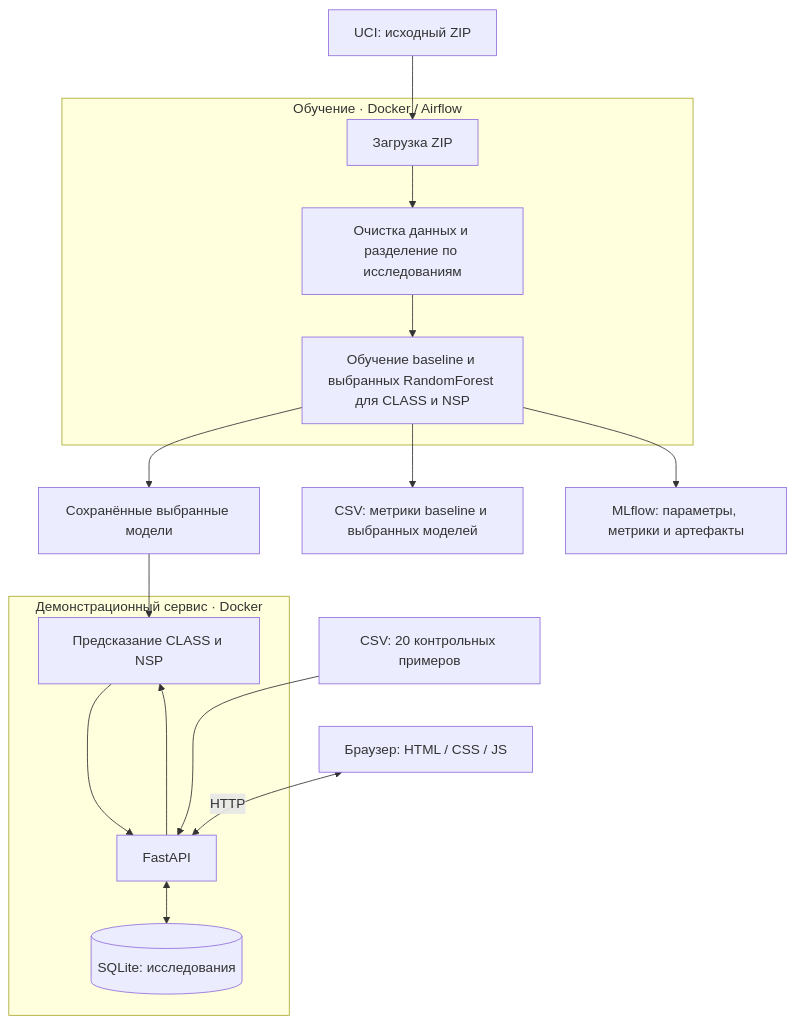
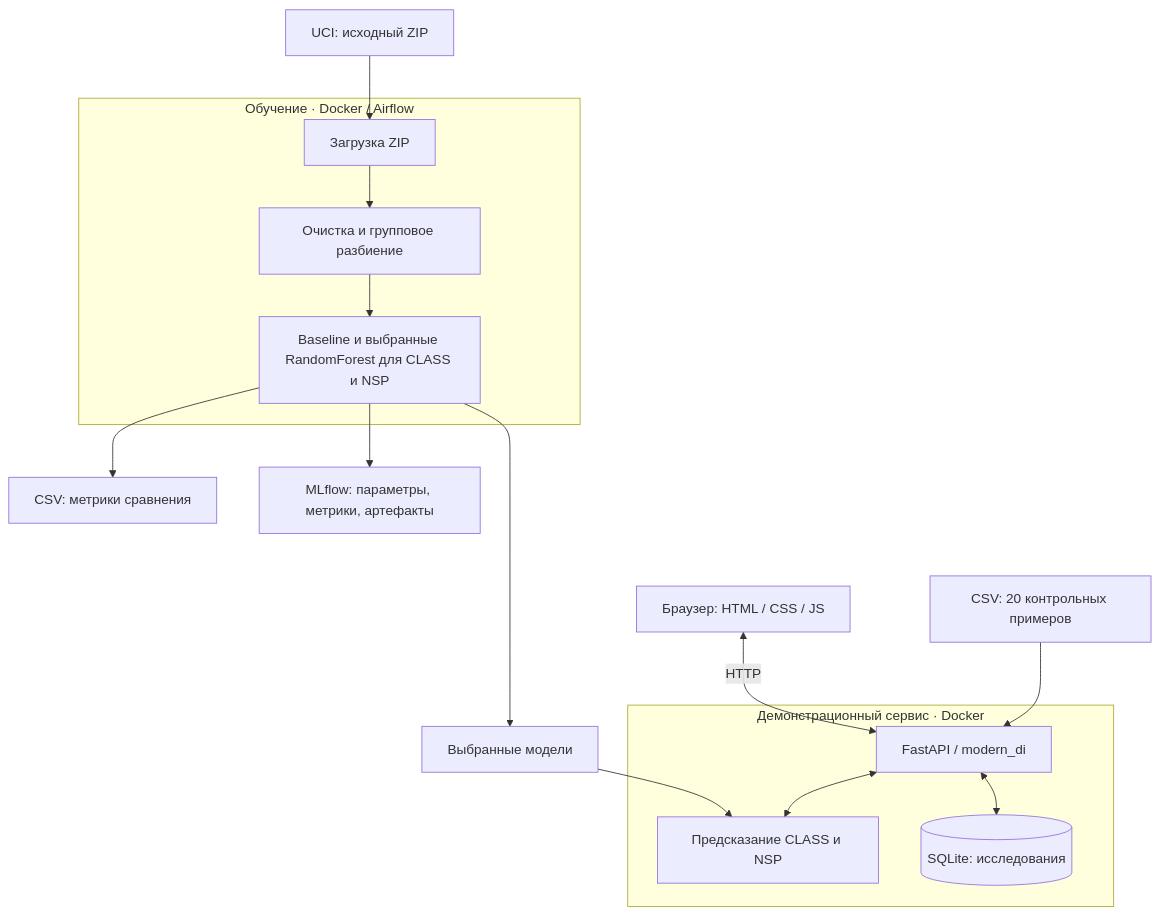
The diagram in README.md (headsoft-mikhail/netology-aiepro-ml-classifier-demo), drawn with Mermaid before and after one commit. The commit also changed other lines of this file, not shown here.

````diff
--- a/README.md
+++ b/README.md
@@ -134,21 +134,19 @@
 ```mermaid
 flowchart TB
     UCI["UCI: исходный ZIP"]
     subgraph Training["Обучение · Docker / Airflow"]
-        Download["Загрузка ZIP"] --> Prepare["Очистка данных и разделение по исследованиям"]
-        Prepare --> Train["Обучение baseline и выбранных RandomForest для CLASS и NSP"]
+        Download["Загрузка ZIP"] --> Prepare["Очистка и групповое разбиение"]
+        Prepare --> Train["Baseline и выбранные RandomForest для CLASS и NSP"]
     end
     UCI --> Download
-    Train --> Models["Сохранённые выбранные модели"]
-    Train --> Report["CSV: метрики baseline и выбранных моделей"]
-    Train --> MLflow["MLflow: параметры, метрики и артефакты"]
-
+    Train ----> Models["Выбранные модели"]
+    Train --> Report["CSV: метрики сравнения"]
+    Train --> MLflow["MLflow: параметры, метрики, артефакты"]
     subgraph Serving["Демонстрационный сервис · Docker"]
-        API["FastAPI"] ---> Predict["Предсказание CLASS и NSP"]
-        Predict --> API
+        API["FastAPI / modern_di"] <--> Predict["Предсказание CLASS и NSP"]
         API <--> DB[("SQLite: исследования")]
     end
     Models --> Predict
-    Cases["CSV: 20 контрольных примеров"] ---> API
+    Cases["CSV: 20 контрольных примеров"] --> API
     Frontend["Браузер: HTML / CSS / JS"] <-->|HTTP| API
 ```
````
